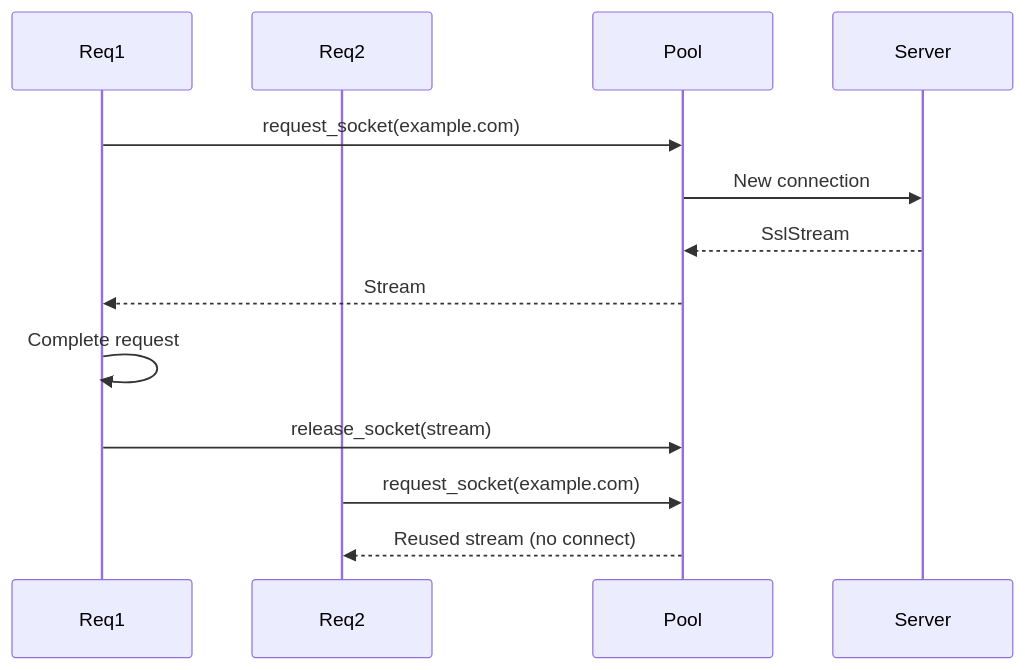
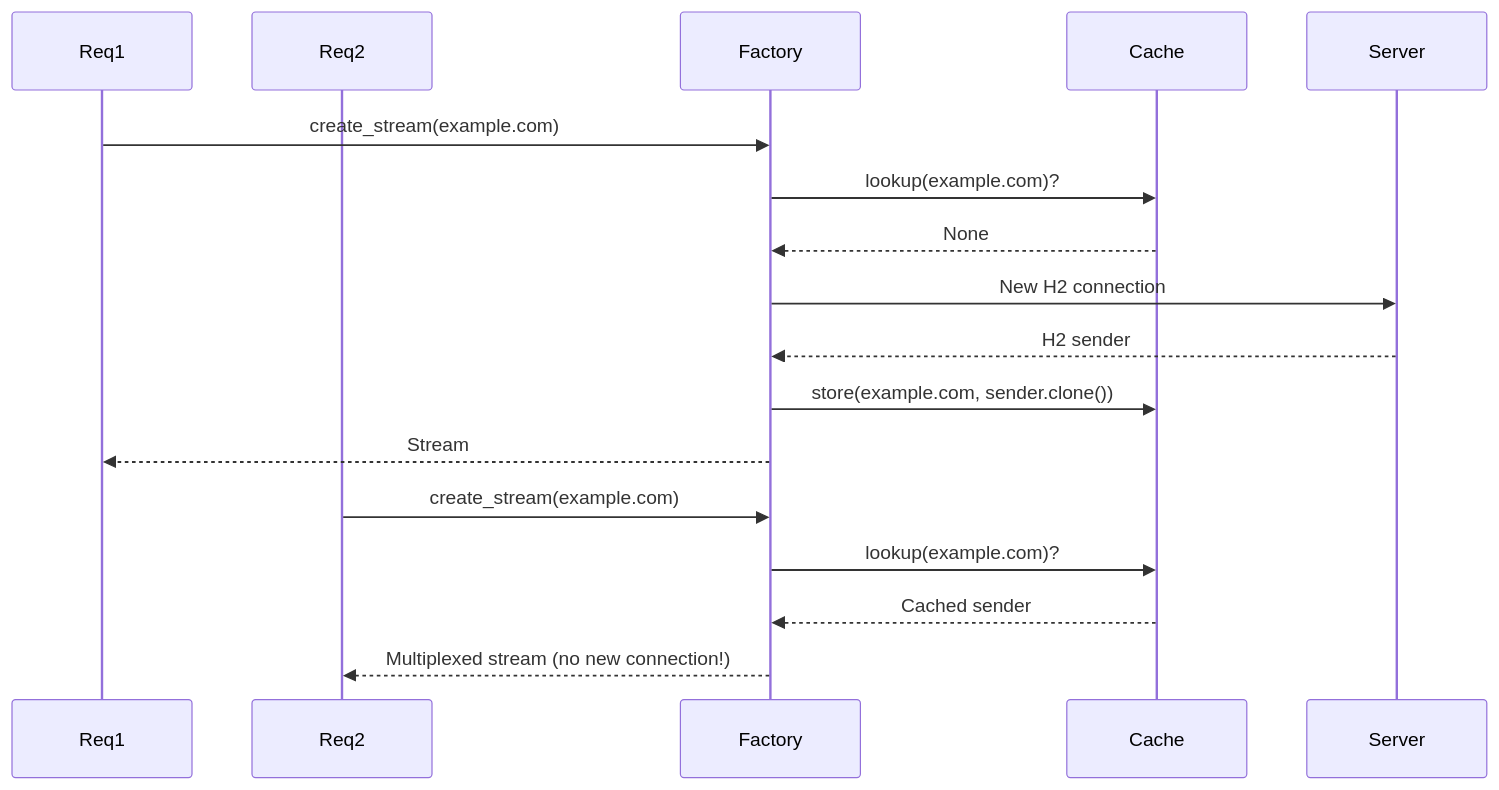
Before and after one commit to devanjumg70/gdlraw: the fifth of 6 diagrams in chromenet/docs/codemap.md, drawn with Mermaid. The commit also changed other lines of this file and 5 other files, not shown here.

Commit message:
docs: Add TLS security documentation for HSTS, certificate pinning, and CT verification, and update architecture overview.

````diff
--- a/chromenet/docs/codemap.md
+++ b/chromenet/docs/codemap.md
@@ -136,18 +147,21 @@
 ```mermaid
 sequenceDiagram
     participant Req1
     participant Req2
-    participant Pool
+    participant Factory
+    participant Cache
     participant Server
 
-    Req1->>Pool: request_socket(example.com)
-    Pool->>Server: New connection
-    Server-->>Pool: SslStream
-    Pool-->>Req1: Stream
+    Req1->>Factory: create_stream(example.com)
+    Factory->>Cache: lookup(example.com)?
+    Cache-->>Factory: None
+    Factory->>Server: New H2 connection
+    Server-->>Factory: H2 sender
+    Factory->>Cache: store(example.com, sender.clone())
+    Factory-->>Req1: Stream
 
-    Req1->>Req1: Complete request
-    Req1->>Pool: release_socket(stream)
-
-    Req2->>Pool: request_socket(example.com)
-    Pool-->>Req2: Reused stream (no connect)
+    Req2->>Factory: create_stream(example.com)
+    Factory->>Cache: lookup(example.com)?
+    Cache-->>Factory: Cached sender
+    Factory-->>Req2: Multiplexed stream (no new connection!)
 ```
````
